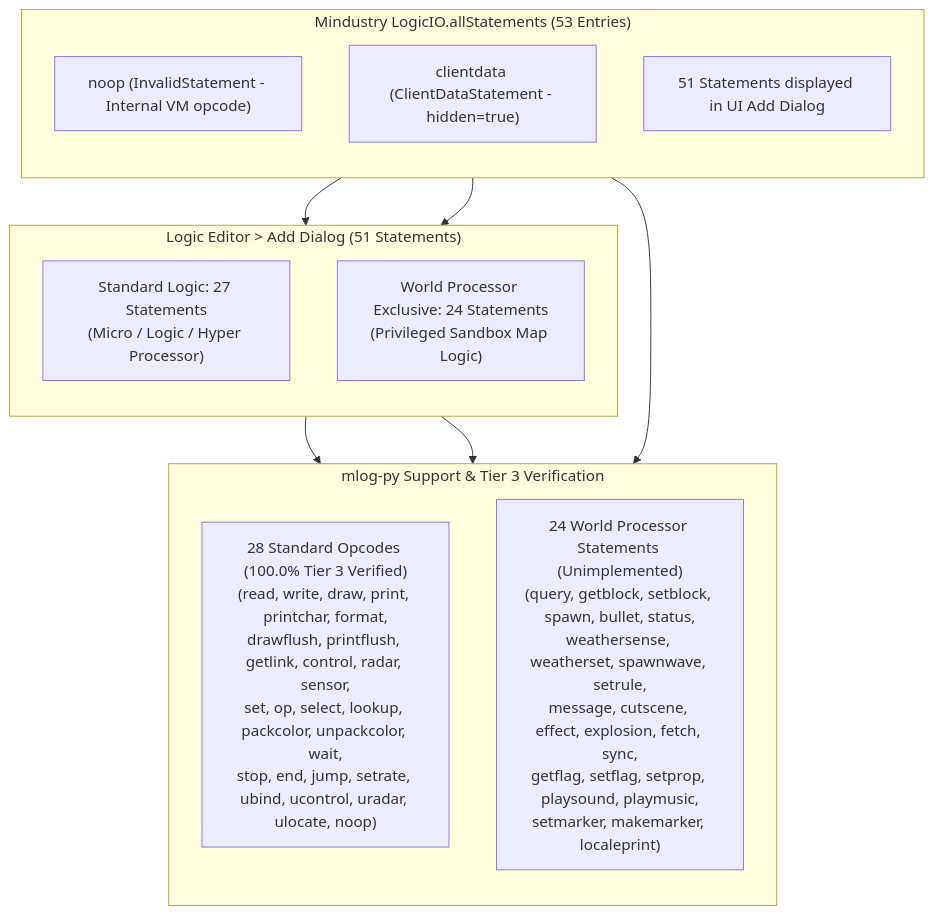
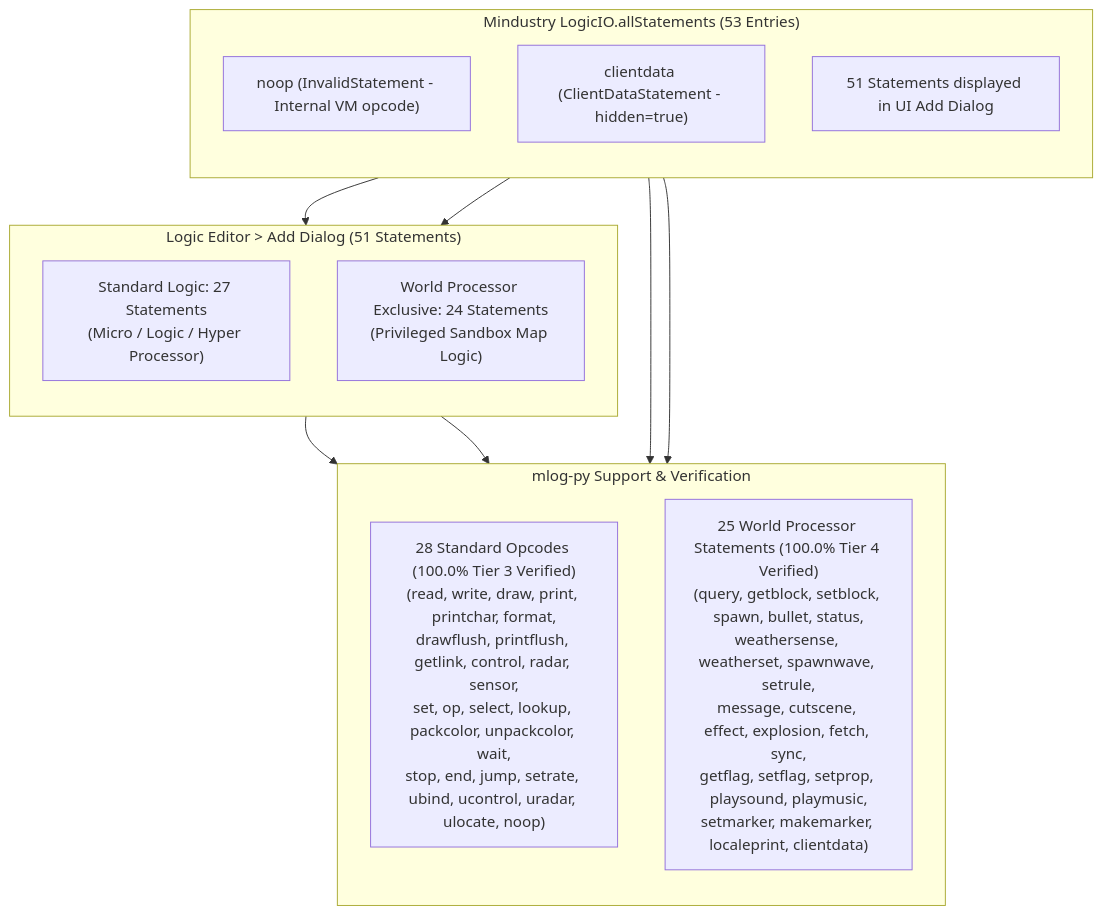
One commit to annguyen2k8/mlog-py changed the diagram in docs/mlog-command-coverage.md. Above: the diagram before and after it, drawn with Mermaid. The commit also changed 41 other files, not shown here.

````diff
--- a/docs/mlog-command-coverage.md
+++ b/docs/mlog-command-coverage.md
@@ -60,27 +60,28 @@
 ```mermaid
 flowchart TD
     subgraph EngineRegistry["Mindustry LogicIO.allStatements (53 Entries)"]
         direction TB
         NOOP["noop (InvalidStatement - Internal VM opcode)"]
         CLIENTDATA["clientdata (ClientDataStatement - hidden=true)"]
         UI_ALL["51 Statements displayed in UI Add Dialog"]
     end
 
     subgraph UIDialog["Logic Editor > Add Dialog (51 Statements)"]
         direction TB
         STD["Standard Logic: 27 Statements\n(Micro / Logic / Hyper Processor)"]
         WORLD["World Processor Exclusive: 24 Statements\n(Privileged Sandbox Map Logic)"]
     end
 
-    subgraph MlogPyCoverage["mlog-py Support & Tier 3 Verification"]
+    subgraph MlogPyCoverage["mlog-py Support & Verification"]
         direction TB
         SUP_STD["28 Standard Opcodes (100.0% Tier 3 Verified)\n(read, write, draw, print, printchar, format,\ndrawflush, printflush, getlink, control, radar, sensor,\nset, op, select, lookup, packcolor, unpackcolor, wait,\nstop, end, jump, setrate, ubind, ucontrol, uradar, ulocate, noop)"]
-        UNSUP_WORLD["24 World Processor Statements (Unimplemented)\n(query, getblock, setblock, spawn, bullet, status,\nweathersense, weatherset, spawnwave, setrule,\nmessage, cutscene, effect, explosion, fetch, sync,\ngetflag, setflag, setprop, playsound, playmusic,\nsetmarker, makemarker, localeprint)"]
+        SUP_WORLD["25 World Processor Statements (100.0% Tier 4 Verified)\n(query, getblock, setblock, spawn, bullet, status,\nweathersense, weatherset, spawnwave, setrule,\nmessage, cutscene, effect, explosion, fetch, sync,\ngetflag, setflag, setprop, playsound, playmusic,\nsetmarker, makemarker, localeprint, clientdata)"]
     end
 
     UI_ALL --> STD
     UI_ALL --> WORLD
     STD --> SUP_STD
     NOOP --> SUP_STD
-    WORLD --> UNSUP_WORLD
+    WORLD --> SUP_WORLD
+    CLIENTDATA --> SUP_WORLD
 ```
````
